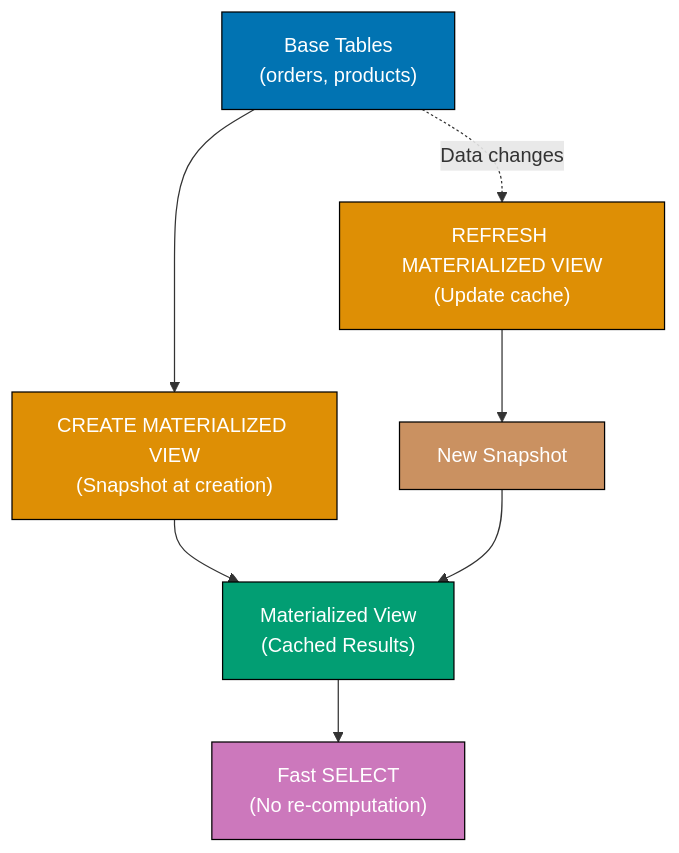
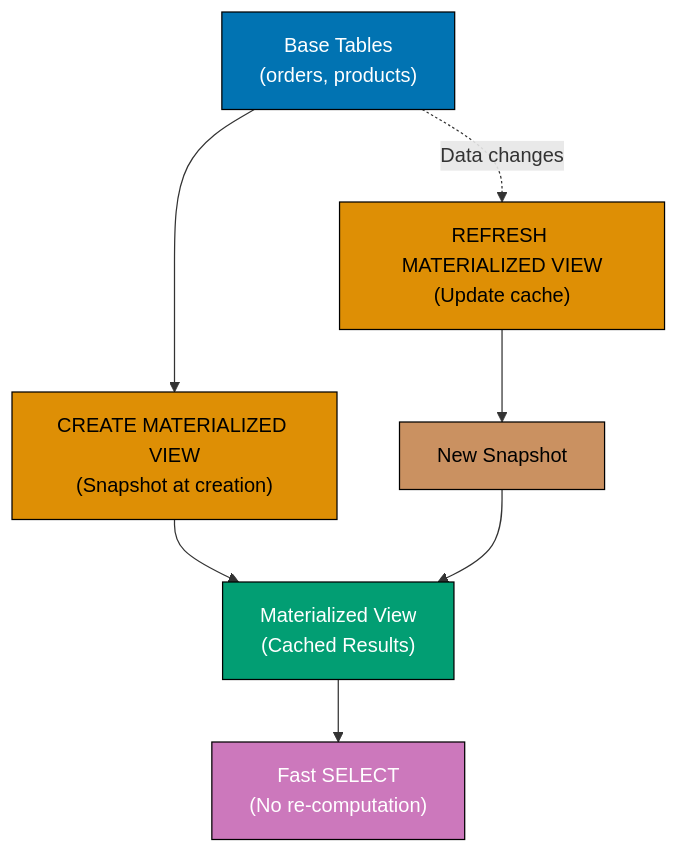
One commit to wahidyankf/open-sharia-enterprise changed the tenth of 12 diagrams in apps/ayokoding-web/content/en/learn/software-engineering/data/databases/postgresql/by-example/intermediate.md. Above: the diagram before and after it, drawn with Mermaid. The commit also changed other lines of this file and 157 other files, not shown here.

````diff
--- a/apps/ayokoding-web/content/en/learn/software-engineering/data/databases/postgresql/by-example/intermediate.md
+++ b/apps/ayokoding-web/content/en/learn/software-engineering/data/databases/postgresql/by-example/intermediate.md
@@ -2815,24 +2825,24 @@
 ```mermaid
 %% Color Palette: Blue #0173B2, Orange #DE8F05, Teal #029E73, Purple #CC78BC, Brown #CA9161
 graph TD
     A["Base Tables<br/>(orders, products)"]
     B["CREATE MATERIALIZED VIEW<br/>(Snapshot at creation)"]
     C["Materialized View<br/>(Cached Results)"]
     D["Fast SELECT<br/>(No re-computation)"]
     E["REFRESH MATERIALIZED VIEW<br/>(Update cache)"]
     F["New Snapshot"]
 
     A --> B
     B --> C
     C --> D
     E --> F
     F --> C
     A -.->|Data changes| E
 
     style A fill:#0173B2,stroke:#000,color:#fff
-    style B fill:#DE8F05,stroke:#000,color:#fff
+    style B fill:#DE8F05,stroke:#000,color:#000
     style C fill:#029E73,stroke:#000,color:#fff
     style D fill:#CC78BC,stroke:#000,color:#fff
-    style E fill:#DE8F05,stroke:#000,color:#fff
-    style F fill:#CA9161,stroke:#000,color:#fff
+    style E fill:#DE8F05,stroke:#000,color:#000
+    style F fill:#CA9161,stroke:#000,color:#000
 ```
````
